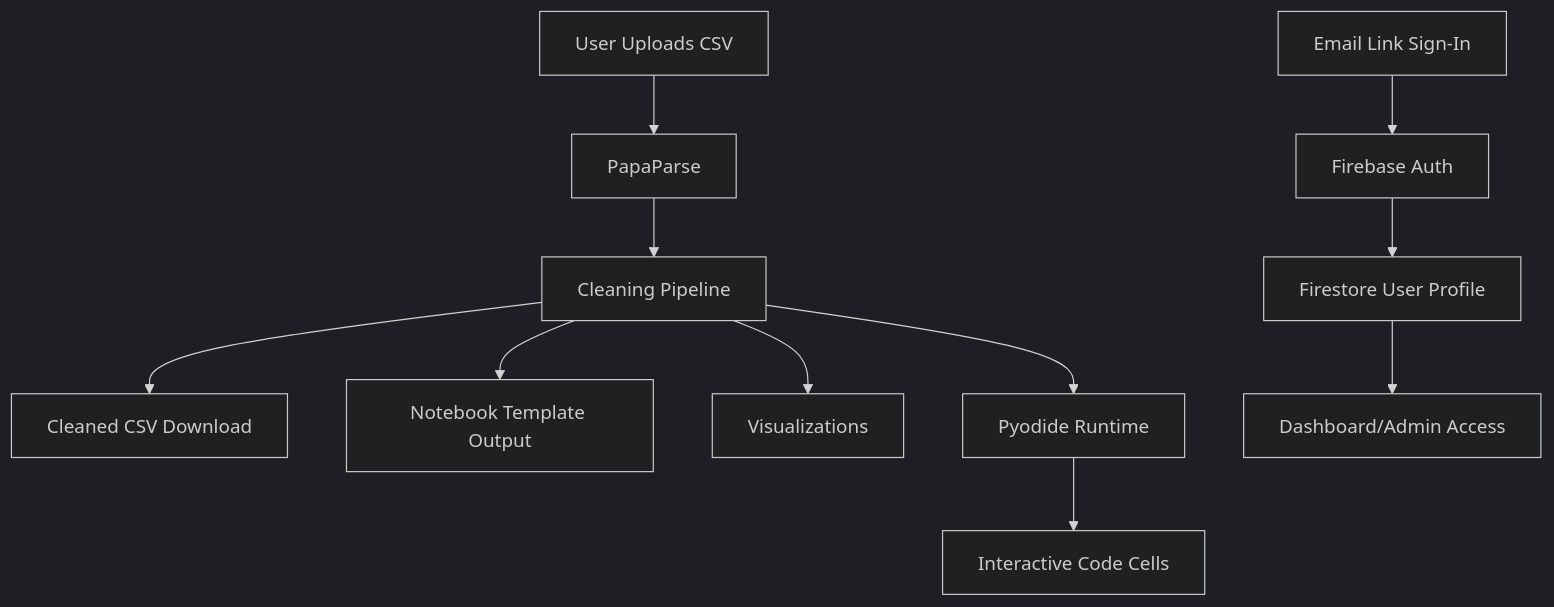
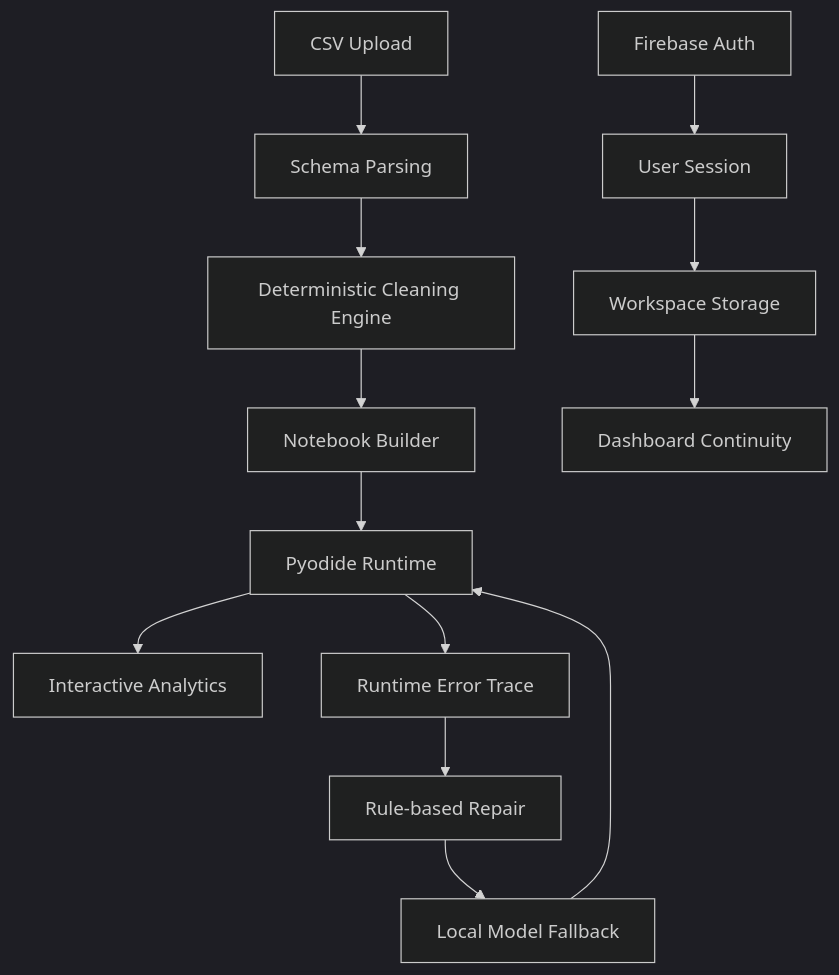
Before and after one commit to ANIS151993/Notebook-Studio: the diagram in README.md, drawn with Mermaid (dark theme). The commit also changed other lines of this file and 3 other files, not shown here.

Commit message:
Rebrand hero to DataMentor and expand interactive chart suite

````diff
--- a/README.md
+++ b/README.md
@@ -138,14 +110,17 @@
 ```mermaid
 flowchart TD
-    A[User Uploads CSV] --> B[PapaParse]
-    B --> C[Cleaning Pipeline]
-    C --> D[Cleaned CSV Download]
-    C --> E[Notebook Template Output]
-    C --> F[Visualizations]
-    C --> G[Pyodide Runtime]
-    G --> H[Interactive Code Cells]
+    A[CSV Upload] --> B[Schema Parsing]
+    B --> C[Deterministic Cleaning Engine]
+    C --> D[Notebook Builder]
+    D --> E[Pyodide Runtime]
+    E --> F[Interactive Analytics]
 
-    I[Email Link Sign-In] --> J[Firebase Auth]
-    J --> K[Firestore User Profile]
-    K --> L[Dashboard/Admin Access]
+    G[Firebase Auth] --> H[User Session]
+    H --> I[Workspace Storage]
+    I --> J[Dashboard Continuity]
+
+    E --> K[Runtime Error Trace]
+    K --> L[Rule-based Repair]
+    L --> M[Local Model Fallback]
+    M --> E
 ```
````
